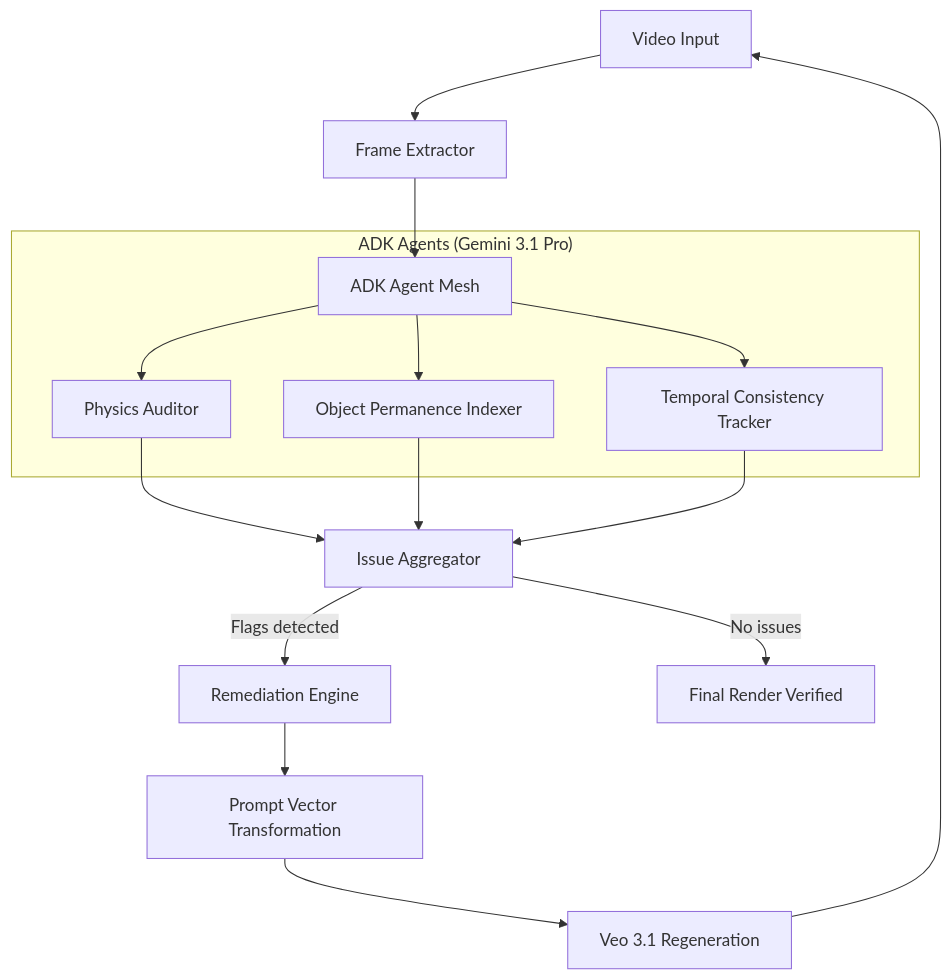
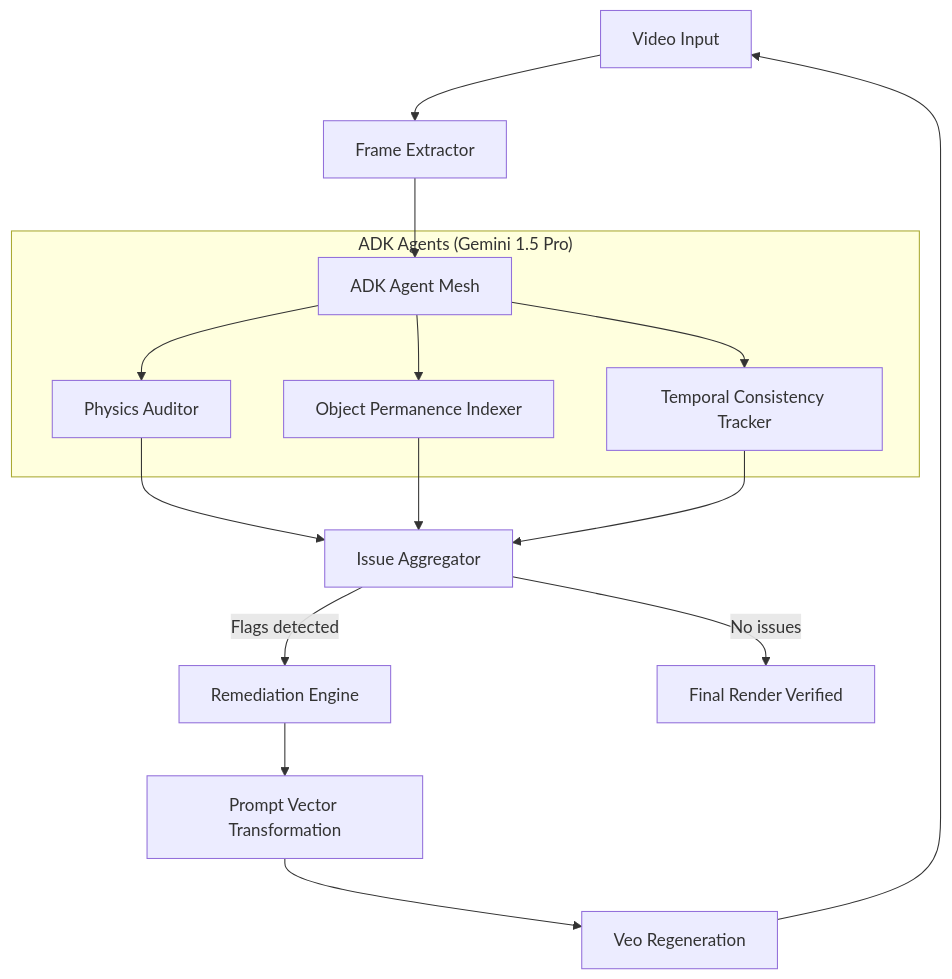
The diagram in gemini/use-cases/video-evaluator/google_eng_insight.md (moshem-a/generative-ai), drawn with Mermaid before and after one commit. The commit also changed other lines of this file and 8 other files, not shown here.

````diff
--- a/gemini/use-cases/video-evaluator/google_eng_insight.md
+++ b/gemini/use-cases/video-evaluator/google_eng_insight.md
@@ -13,21 +13,21 @@
 ```mermaid
 graph TD
     A[Video Input] --> B[Frame Extractor]
     B --> C[ADK Agent Mesh]
-    subgraph "ADK Agents (Gemini 3.1 Pro)"
+    subgraph "ADK Agents (Gemini 1.5 Pro)"
         C1[Physics Auditor]
         C2[Object Permanence Indexer]
         C3[Temporal Consistency Tracker]
         C --> C1
         C --> C2
         C --> C3
     end
     C1 --> D[Issue Aggregator]
     C2 --> D
     C3 --> D
     D -- "Flags detected" --> G[Remediation Engine]
     G --> H[Prompt Vector Transformation]
-    H --> I[Veo 3.1 Regeneration]
+    H --> I[Veo Regeneration]
     I --> A
     D -- "No issues" --> F[Final Render Verified]
 ```
````
